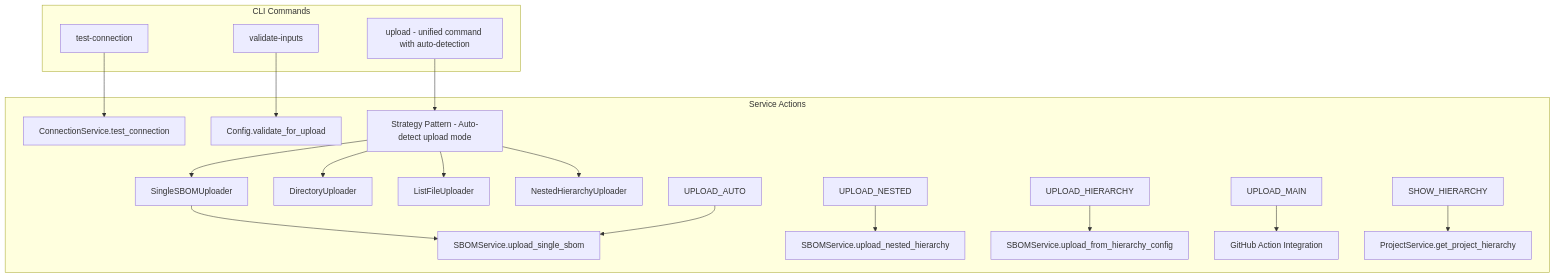
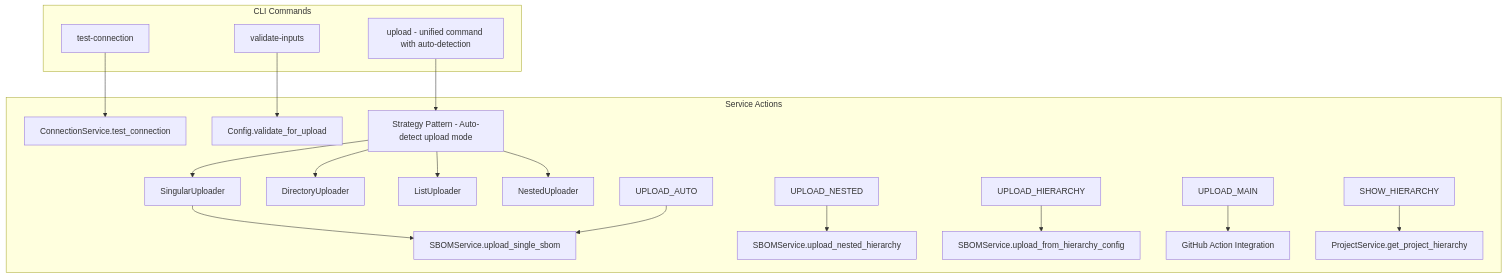
Before and after one commit to scality/sbom-upload: the fourth of 8 diagrams in docs/ARCHITECTURE.md, drawn with Mermaid. The commit also changed 7 other files, not shown here.

````diff
--- a/docs/ARCHITECTURE.md
+++ b/docs/ARCHITECTURE.md
@@ -144,24 +144,24 @@
 ```mermaid
 graph TD
     subgraph "CLI Commands"
         TEST[test-connection]
         VALIDATE[validate-inputs]
         UPLOAD[upload - unified command with auto-detection]
     end
     
     subgraph "Service Actions"
         TEST --> CONN_TEST[ConnectionService.test_connection]
         VALIDATE --> CONFIG_VALIDATE[Config.validate_for_upload]
         UPLOAD --> STRATEGY_DETECT[Strategy Pattern - Auto-detect upload mode]
-        STRATEGY_DETECT --> SINGLE[SingleSBOMUploader]
+        STRATEGY_DETECT --> SINGLE[SingularUploader]
         STRATEGY_DETECT --> DIRECTORY[DirectoryUploader]
-        STRATEGY_DETECT --> LIST[ListFileUploader]
-        STRATEGY_DETECT --> HIERARCHY[NestedHierarchyUploader]
+        STRATEGY_DETECT --> LIST[ListUploader]
+        STRATEGY_DETECT --> HIERARCHY[NestedUploader]
         SINGLE --> SBOM_UPLOAD[SBOMService.upload_single_sbom]
         UPLOAD_AUTO --> SBOM_UPLOAD
         UPLOAD_NESTED --> SBOM_NESTED[SBOMService.upload_nested_hierarchy]
         UPLOAD_HIERARCHY --> SBOM_HIER[SBOMService.upload_from_hierarchy_config]
         UPLOAD_MAIN --> GITHUB_ACTION[GitHub Action Integration]
         SHOW_HIERARCHY --> PROJ_HIER[ProjectService.get_project_hierarchy]
     end
 ```
````
